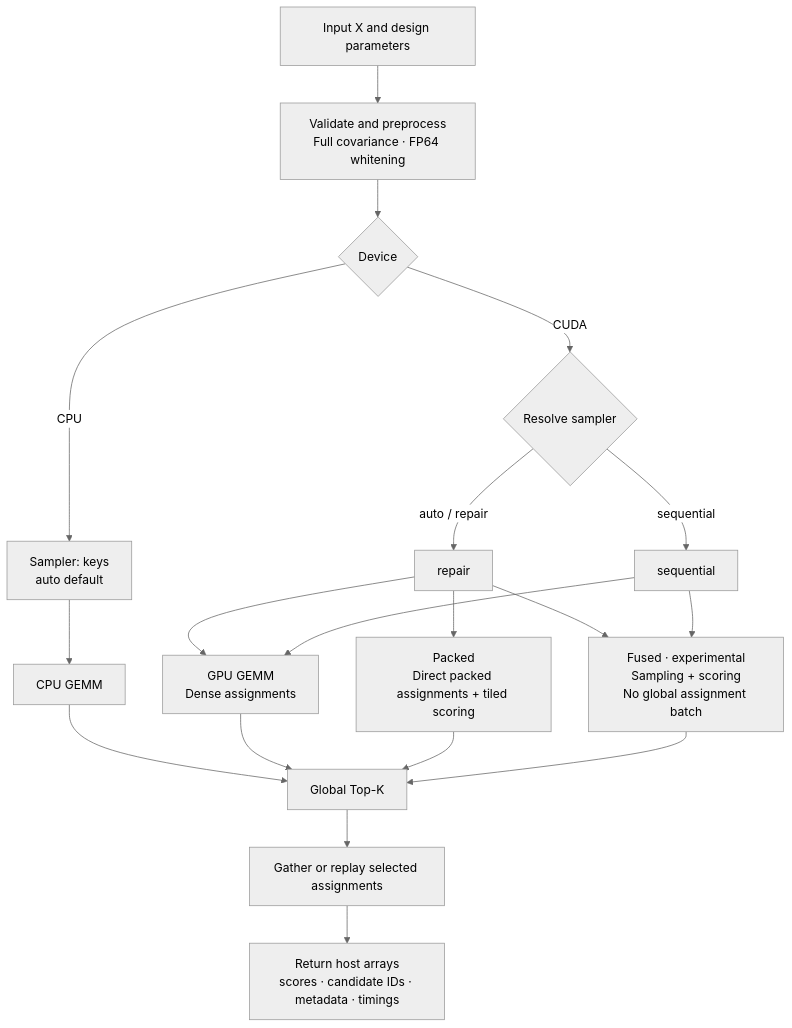
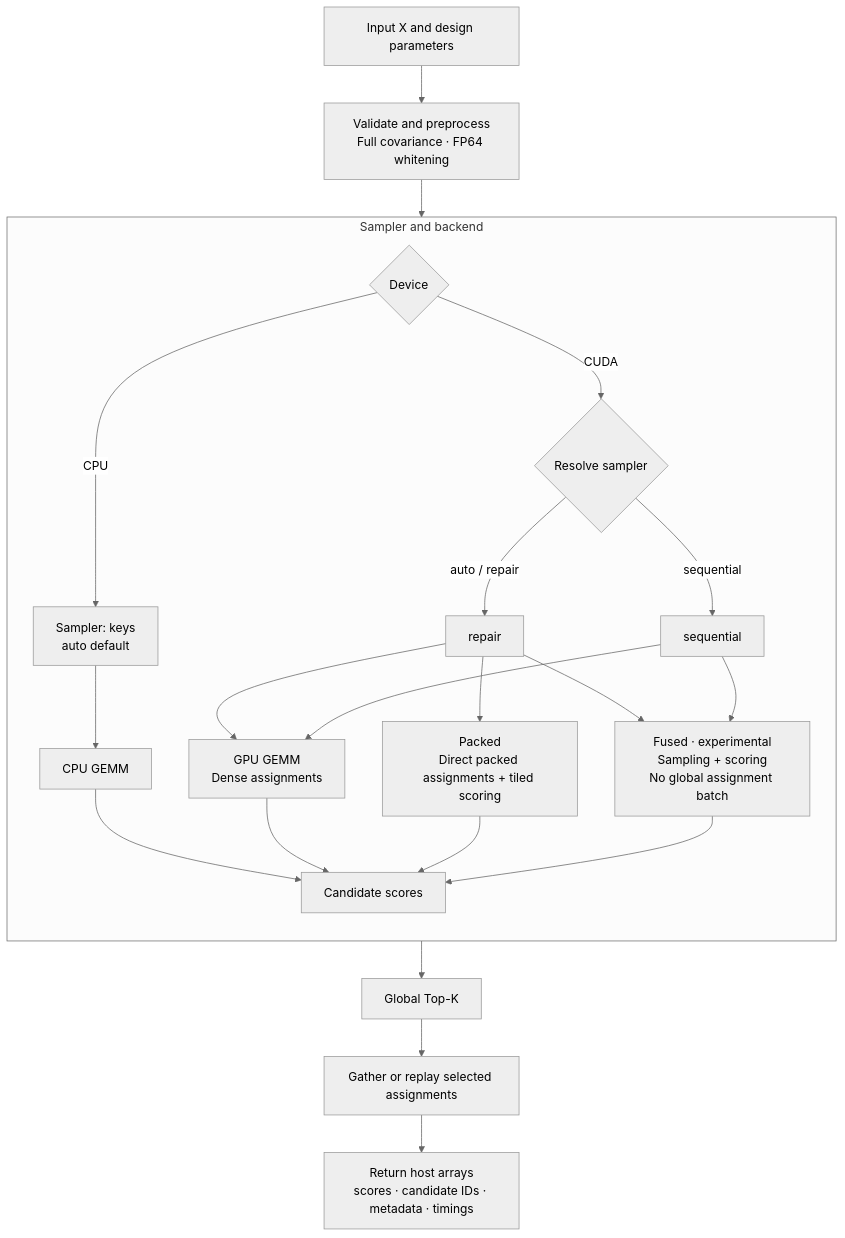
The diagram in README.md (maweiruc/flashrerand), drawn with Mermaid (neutral theme) before and after one commit. The commit also changed other lines of this file, not shown here.

Commit message:
Explain Flash design and center the execution flowchart

````diff
--- a/README.md
+++ b/README.md
@@ -51,25 +56,30 @@
 ```mermaid
 flowchart TD
     X["Input X and design parameters"] --> P["Validate and preprocess<br/>Full covariance · FP64 whitening"]
-    P --> D{"Device"}
+    P --> ROUTES
 
-    D -->|CPU| C["Sampler: keys<br/>auto default"]
-    D -->|CUDA| G{"Resolve sampler"}
-    G -->|auto / repair| R["repair"]
-    G -->|sequential| S["sequential"]
+    subgraph ROUTES["Sampler and backend"]
+        direction TB
+        D{"Device"}
+        D -->|CPU| C["Sampler: keys<br/>auto default"]
+        D -->|CUDA| G{"Resolve sampler"}
+        G -->|auto / repair| R["repair"]
+        G -->|sequential| S["sequential"]
 
-    C --> CG["CPU GEMM"]
-    R --> GM["GPU GEMM<br/>Dense assignments"]
-    R --> PK["Packed<br/>Direct packed assignments + tiled scoring"]
-    R --> F["Fused · experimental<br/>Sampling + scoring<br/>No global assignment batch"]
-    S --> GM
-    S --> F
+        C --> CG["CPU GEMM"]
+        R --> GM["GPU GEMM<br/>Dense assignments"]
+        R --> PK["Packed<br/>Direct packed assignments + tiled scoring"]
+        R --> F["Fused · experimental<br/>Sampling + scoring<br/>No global assignment batch"]
+        S --> GM
+        S --> F
 
-    CG --> K["Global Top-K"]
-    GM --> K
-    PK --> K
-    F --> K
+        CG --> SCORES["Candidate scores"]
+        GM --> SCORES
+        PK --> SCORES
+        F --> SCORES
+    end
 
+    ROUTES --> K["Global Top-K"]
     K --> O["Gather or replay selected assignments"]
     O --> H["Return host arrays<br/>scores · candidate IDs · metadata · timings"]
 ```
````
